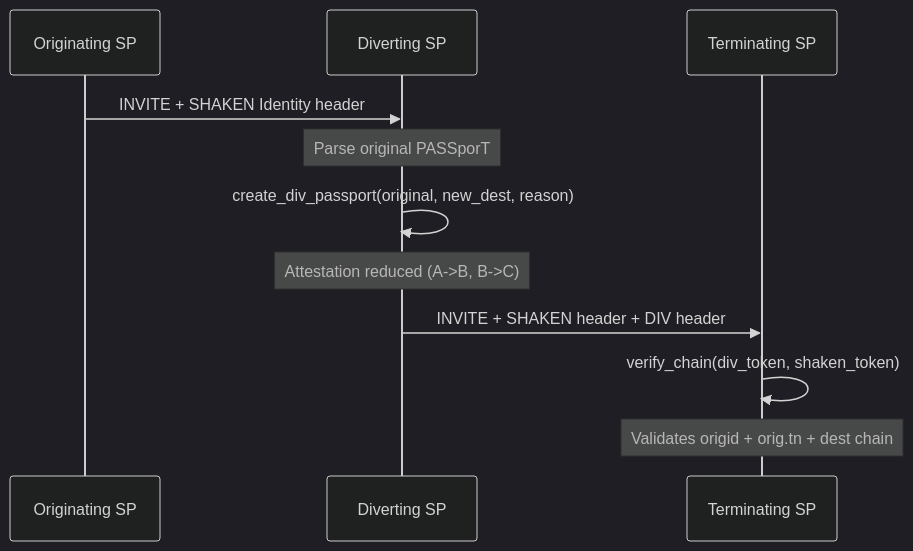
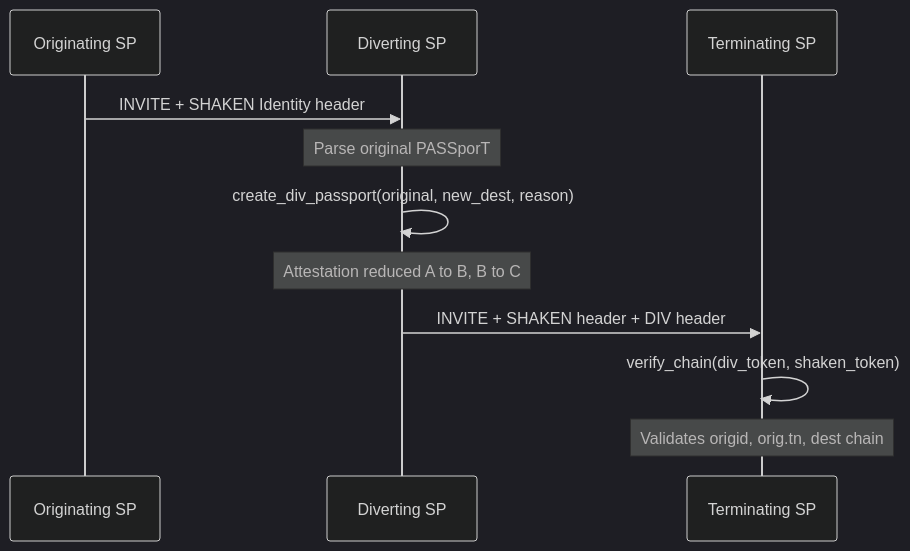
One commit to briankwest/stirshaken-ruby changed the fourth of 5 diagrams in README.md. Above: the diagram before and after it, drawn with Mermaid (dark theme). The commit also changed other lines of this file, not shown here.

First line of the commit message:
fix: Escape special characters in Mermaid diagrams

````diff
--- a/README.md
+++ b/README.md
@@ -86,14 +86,14 @@
 ```mermaid
 sequenceDiagram
     participant OrigSP as Originating SP
     participant DivSP as Diverting SP
     participant TermSP as Terminating SP
 
     OrigSP->>DivSP: INVITE + SHAKEN Identity header
     Note over DivSP: Parse original PASSporT
     DivSP->>DivSP: create_div_passport(original, new_dest, reason)
-    Note over DivSP: Attestation reduced (A->B, B->C)
+    Note over DivSP: Attestation reduced A to B, B to C
     DivSP->>TermSP: INVITE + SHAKEN header + DIV header
     TermSP->>TermSP: verify_chain(div_token, shaken_token)
-    Note over TermSP: Validates origid + orig.tn + dest chain
+    Note over TermSP: Validates origid, orig.tn, dest chain
 ```
````
